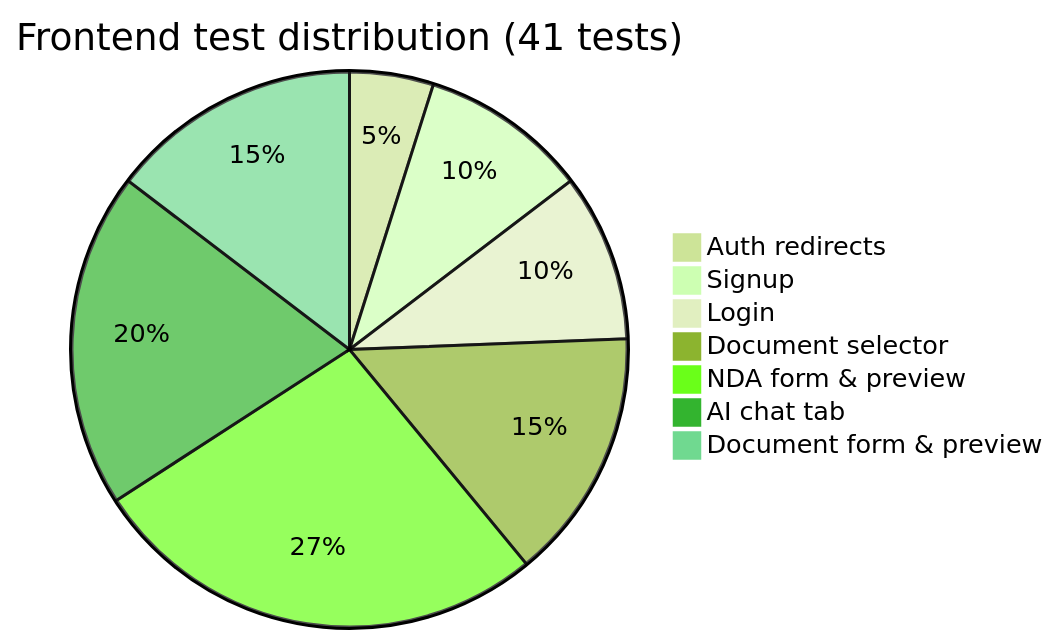
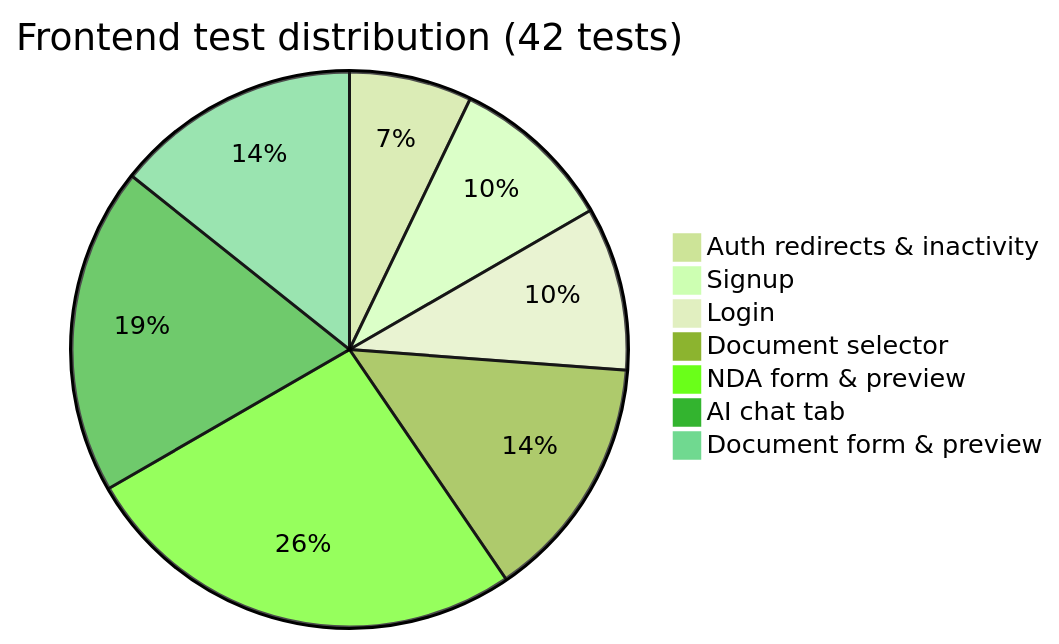
One commit to shaynemeyer/prelegal changed the third of 6 diagrams in docs/test-coverage-report.md. Above: the diagram before and after it, drawn with Mermaid (forest theme). The commit also changed other lines of this file and 9 other files, not shown here.

````diff
--- a/docs/test-coverage-report.md
+++ b/docs/test-coverage-report.md
@@ -94,10 +94,10 @@
 ```mermaid
-pie title Frontend test distribution (41 tests)
-    "Auth redirects" : 2
+pie title Frontend test distribution (42 tests)
+    "Auth redirects & inactivity" : 3
     "Signup" : 4
     "Login" : 4
     "Document selector" : 6
     "NDA form & preview" : 11
     "AI chat tab" : 8
     "Document form & preview" : 6
 ```
````
